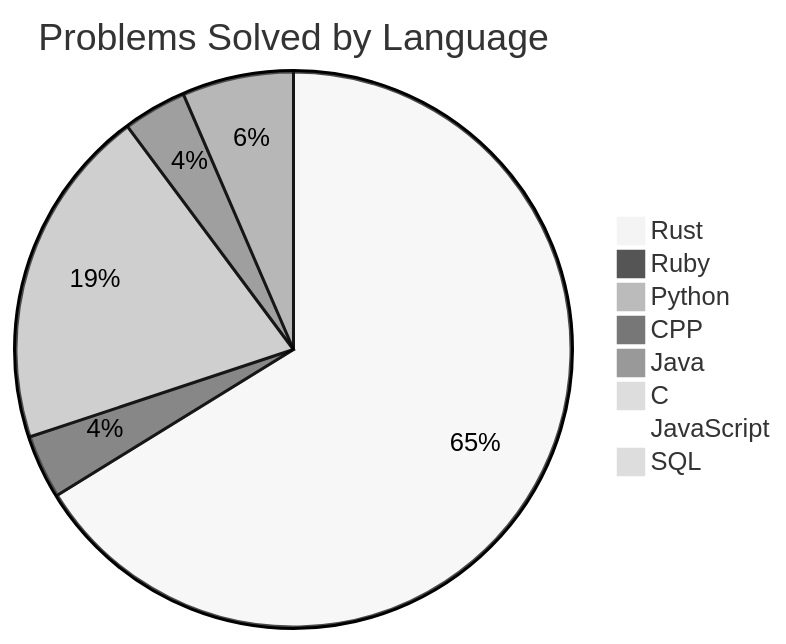
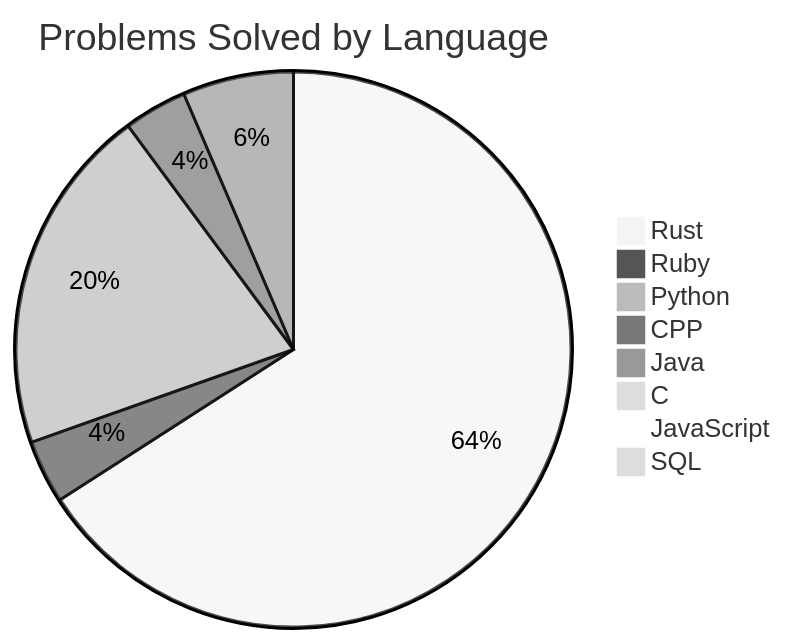
The second of 2 diagrams in README.md (Liam-Wirth/leetcode-solutions), drawn with Mermaid (neutral theme) before and after one commit. The commit also changed other lines of this file and 4 other files, not shown here.

````diff
--- a/README.md
+++ b/README.md
@@ -46,11 +46,11 @@
 ```mermaid
 pie title Problems Solved by Language
     "Rust": 143
     "Ruby": 8
-    "Python": 43
+    "Python": 44
     "CPP": 8
     "Java": 14
     "C": 1
     "JavaScript": 2
     "SQL": 2
 ```
````
